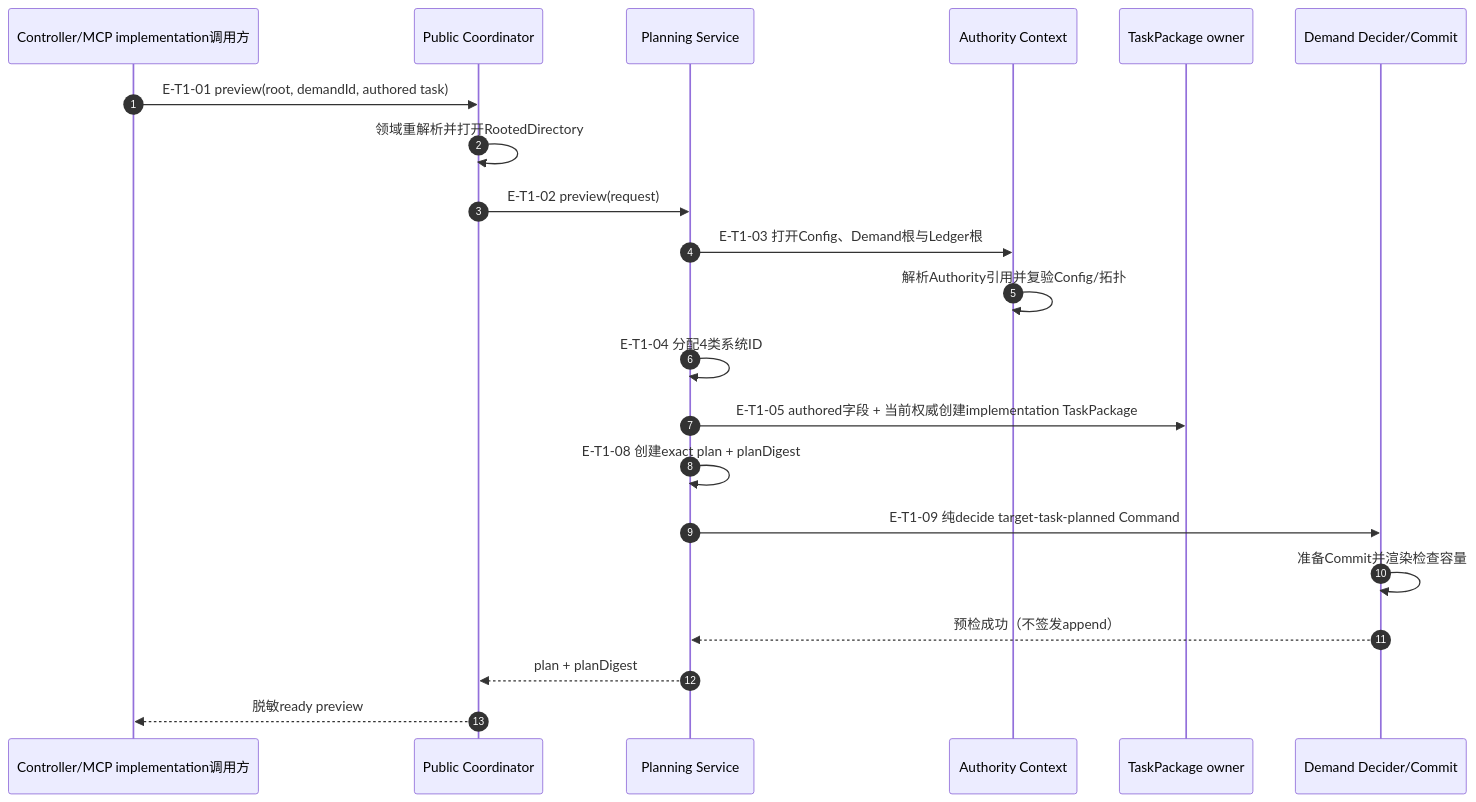
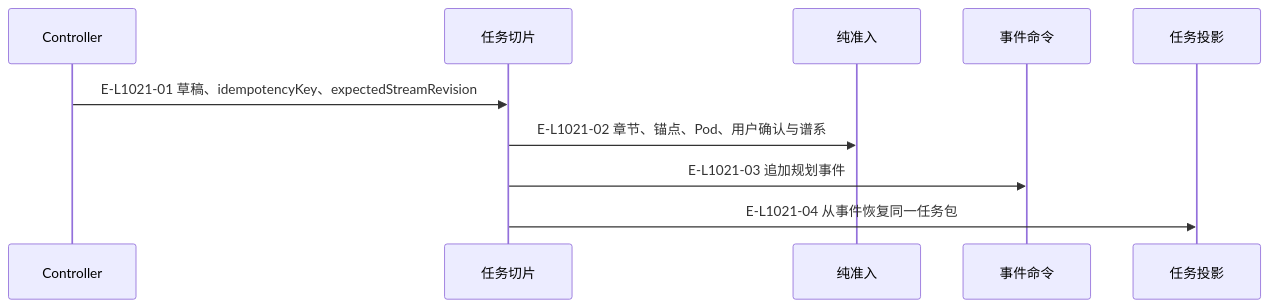
One commit to GxFn/Wakeflow changed the first of 3 diagrams in wakeflow-architecture-atlas/maps/05-tasking-slice/runtime-call-flow.md. Above: the diagram before and after it, drawn with Mermaid. The commit also changed other lines of this file and 71 other files, not shown here.

Commit message:
docs(atlas): align architecture maps with L1 nine-slice implementation

````diff
--- a/wakeflow-architecture-atlas/maps/05-tasking-slice/runtime-call-flow.md
+++ b/wakeflow-architecture-atlas/maps/05-tasking-slice/runtime-call-flow.md
@@ -44,29 +134,14 @@
 ```mermaid
 sequenceDiagram
-  accTitle: Target Task Planning零写入preview
-  accDescr: 当前公共Coordinator只接受implementation wire请求。它打开Workspace根后调用Planning Service；Service解析authored输入，打开Config、Demand Root Authority和Ledger上下文，解析选择的Authority引用，分配TaskPackage、TargetTask、Commit和Event身份，创建不可变implementation TaskPackage和exact plan，并用真实Decider与Prepared Commit做转换和容量预检，最后只返回plan和planDigest。
-
-  autonumber
-  participant CLIENT as Controller/MCP implementation调用方
-  participant PUBLIC as Public Coordinator
-  participant SERVICE as Planning Service
-  participant AUTH as Authority Context
-  participant PACKAGE as TaskPackage owner
-  participant DEMAND as Demand Decider/Commit
-
-  CLIENT->>PUBLIC: E-T1-01 preview(root, demandId, authored task)
-  PUBLIC->>PUBLIC: 领域重解析并打开RootedDirectory
-  PUBLIC->>SERVICE: E-T1-02 preview(request)
-  SERVICE->>AUTH: E-T1-03 打开Config、Demand根与Ledger根
-  AUTH->>AUTH: 解析Authority引用并复验Config/拓扑
-
-  SERVICE->>SERVICE: E-T1-04 分配4类系统ID
-  SERVICE->>PACKAGE: E-T1-05 authored字段 + 当前权威创建implementation TaskPackage
-
-  SERVICE->>SERVICE: E-T1-08 创建exact plan + planDigest
-  SERVICE->>DEMAND: E-T1-09 纯decide target-task-planned Command
-  DEMAND->>DEMAND: 准备Commit并渲染检查容量
-  DEMAND-->>SERVICE: 预检成功（不签发append）
-  SERVICE-->>PUBLIC: plan + planDigest
-  PUBLIC-->>CLIENT: 脱敏ready preview
+  accTitle: 实现任务的一次追加
+  accDescr: 实现任务的一次追加；箭头区分当前代码步骤、返回事实与明确的条件。
+  participant controller as Controller
+  participant slice as 任务切片
+  participant decide as 纯准入
+  participant handler as 事件命令
+  participant view as 任务投影
+  controller->>slice: E-L1021-01 草稿、idempotencyKey、expectedStreamRevision
+  slice->>decide: E-L1021-02 章节、锚点、Pod、用户确认与谱系
+  slice->>handler: E-L1021-03 追加规划事件
+  slice->>view: E-L1021-04 从事件恢复同一任务包
 ```
````
